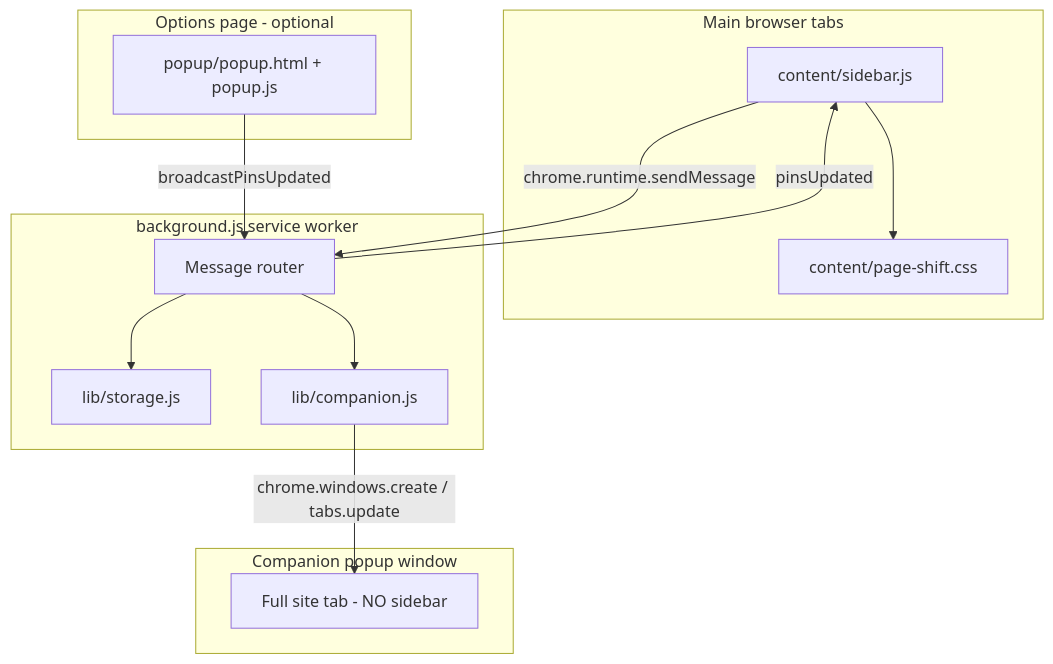
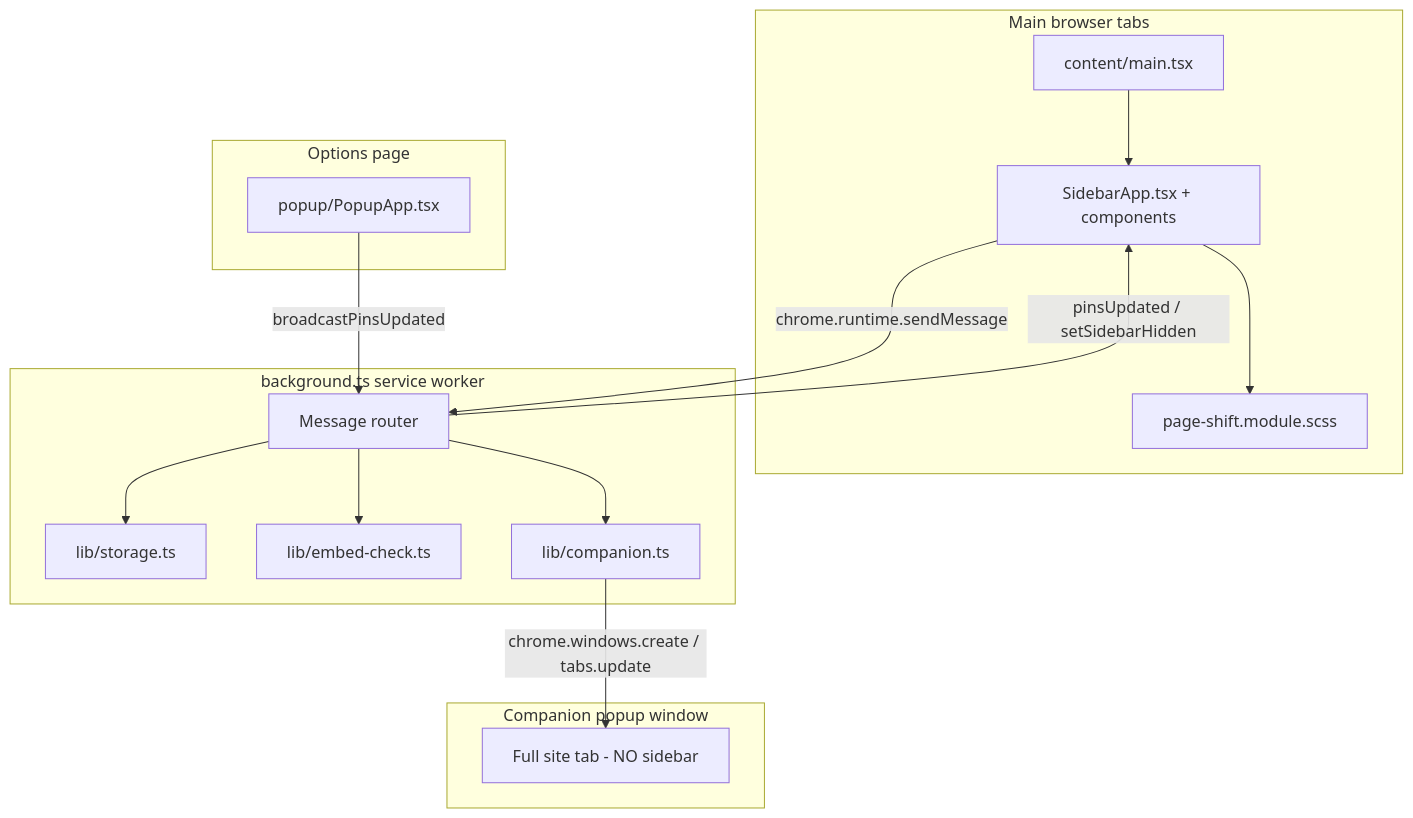
The diagram in docs/IMPLEMENTATION.md (bryanChatsirichai/chrome_operaGX_sidebar_extension), drawn with Mermaid before and after one commit. The commit also changed other lines of this file and 8 other files, not shown here.

````diff
--- a/docs/IMPLEMENTATION.md
+++ b/docs/IMPLEMENTATION.md
@@ -19,29 +19,33 @@
 ```mermaid
 flowchart TB
   subgraph pages [Main browser tabs]
-    CS[content/sidebar.js]
-    PSC[content/page-shift.css]
+    MAIN[content/main.tsx]
+    SA[SidebarApp.tsx + components]
+    PSC[page-shift.module.scss]
+    MAIN --> SA
+    SA --> PSC
   end
 
-  subgraph sw [background.js service worker]
+  subgraph sw [background.ts service worker]
     BG[Message router]
-    ST[lib/storage.js]
-    CP[lib/companion.js]
+    ST[lib/storage.ts]
+    EC[lib/embed-check.ts]
+    CP[lib/companion.ts]
   end
 
   subgraph companion [Companion popup window]
     CW[Full site tab - NO sidebar]
   end
 
-  subgraph options [Options page - optional]
-    POP[popup/popup.html + popup.js]
+  subgraph options [Options page]
+    POP[popup/PopupApp.tsx]
   end
 
-  CS -->|chrome.runtime.sendMessage| BG
+  SA -->|chrome.runtime.sendMessage| BG
+  BG --> EC
   BG --> CP
   BG --> ST
   CP -->|chrome.windows.create / tabs.update| CW
   POP -->|broadcastPinsUpdated| BG
-  BG -->|pinsUpdated| CS
-  CS --> PSC
+  BG -->|pinsUpdated / setSidebarHidden| SA
 ```
````
